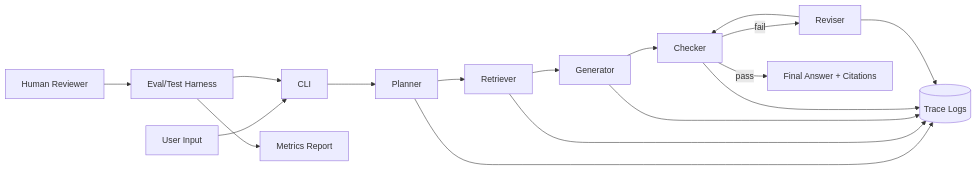
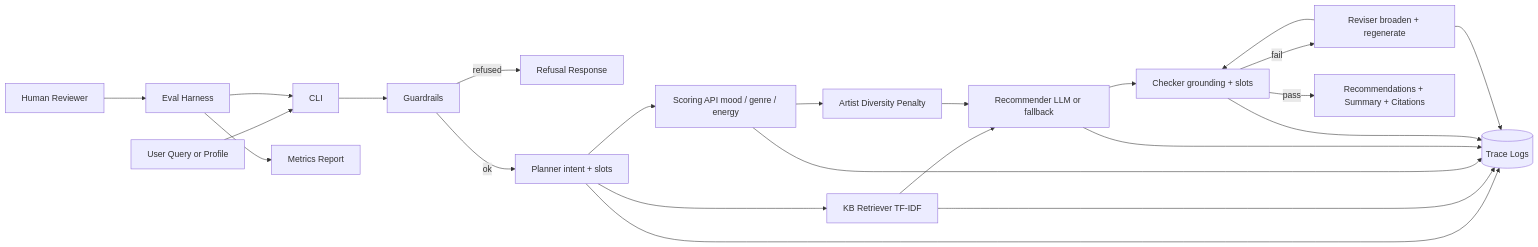
Before and after one commit to praisemanz/applied-ai-system-project: the diagram in README.md, drawn with Mermaid. The commit also changed other lines of this file and 10 other files, not shown here.

````diff
--- a/README.md
+++ b/README.md
@@ -26,21 +39,27 @@
 ```mermaid
 flowchart LR
-    U[User Input] --> C[CLI]
-    C --> P[Planner]
-    P --> R[Retriever]
-    R --> G[Generator]
-    G --> K[Checker]
-    K -->|fail| V[Reviser]
+    U[User Query or Profile] --> C[CLI]
+    C --> G1[Guardrails]
+    G1 -->|refused| O1[Refusal Response]
+    G1 -->|ok| P[Planner intent + slots]
+    P --> R1[KB Retriever TF-IDF]
+    P --> R2[Scoring API mood / genre / energy]
+    R2 --> AP[Artist Diversity Penalty]
+    R1 --> D[Recommender LLM or fallback]
+    AP --> D
+    D --> K[Checker grounding + slots]
+    K -->|fail| V[Reviser broaden + regenerate]
     V --> K
-    K -->|pass| O[Final Answer + Citations]
+    K -->|pass| O2[Recommendations + Summary + Citations]
 
     P --> L[(Trace Logs)]
-    R --> L
-    G --> L
+    R1 --> L
+    R2 --> L
+    D --> L
     K --> L
     V --> L
 
-    T[Eval/Test Harness] --> C
+    T[Eval Harness] --> C
     H[Human Reviewer] --> T
     T --> M[Metrics Report]
 ```
````
